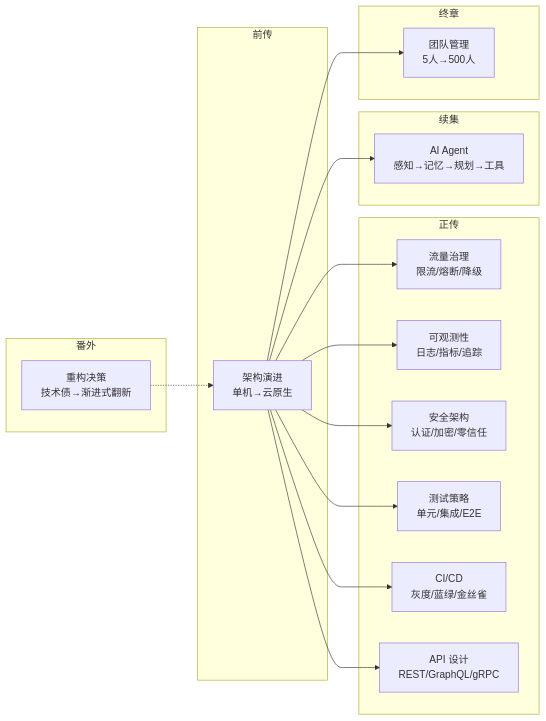
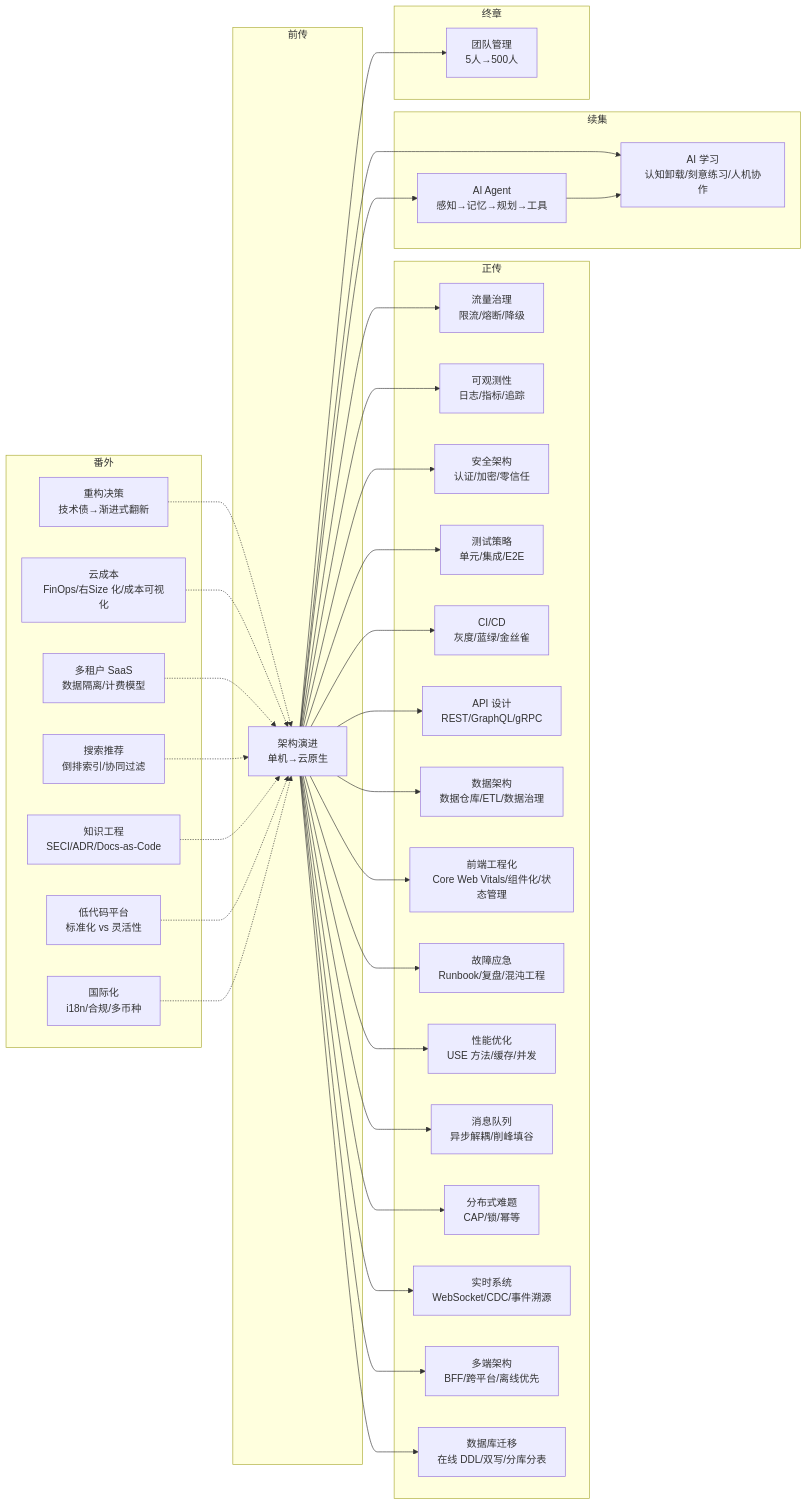
The diagram in note/14.story/index.md (wb04307201/wb04307201), drawn with Mermaid before and after one commit. The commit also changed other lines of this file and 28 other files, not shown here.

````diff
--- a/note/14.story/index.md
+++ b/note/14.story/index.md
@@ -10,32 +12,65 @@
 ```mermaid
 graph LR
     subgraph 前传
         A[架构演进<br/>单机→云原生]
     end
     subgraph 正传
         B[流量治理<br/>限流/熔断/降级]
         C[可观测性<br/>日志/指标/追踪]
         D[安全架构<br/>认证/加密/零信任]
         E[测试策略<br/>单元/集成/E2E]
         F[CI/CD<br/>灰度/蓝绿/金丝雀]
         G[API 设计<br/>REST/GraphQL/gRPC]
+        K[数据架构<br/>数据仓库/ETL/数据治理]
+        L[前端工程化<br/>Core Web Vitals/组件化/状态管理]
+        M[故障应急<br/>Runbook/复盘/混沌工程]
+        N[性能优化<br/>USE 方法/缓存/并发]
+        Q[消息队列<br/>异步解耦/削峰填谷]
+        R[分布式难题<br/>CAP/锁/幂等]
+        S[实时系统<br/>WebSocket/CDC/事件溯源]
+        T[多端架构<br/>BFF/跨平台/离线优先]
+        U[数据库迁移<br/>在线 DDL/双写/分库分表]
     end
     subgraph 续集
         H[AI Agent<br/>感知→记忆→规划→工具]
+        O[AI 学习<br/>认知卸载/刻意练习/人机协作]
     end
     subgraph 终章
         I[团队管理<br/>5人→500人]
     end
     subgraph 番外
         J[重构决策<br/>技术债→渐进式翻新]
+        P[云成本<br/>FinOps/右Size 化/成本可视化]
+        V[多租户 SaaS<br/>数据隔离/计费模型]
+        W[搜索推荐<br/>倒排索引/协同过滤]
+        X[知识工程<br/>SECI/ADR/Docs-as-Code]
+        Y[低代码平台<br/>标准化 vs 灵活性]
+        Z[国际化<br/>i18n/合规/多币种]
     end
     A --> B
     A --> C
     A --> D
     A --> E
     A --> F
     A --> G
+    A --> K
+    A --> L
+    A --> M
+    A --> N
+    A --> Q
+    A --> R
+    A --> S
+    A --> T
+    A --> U
     A --> H
+    A --> O
     A --> I
+    H --> O
     J -.-> A
+    P -.-> A
+    V -.-> A
+    W -.-> A
+    X -.-> A
+    Y -.-> A
+    Z -.-> A
 ```
````
